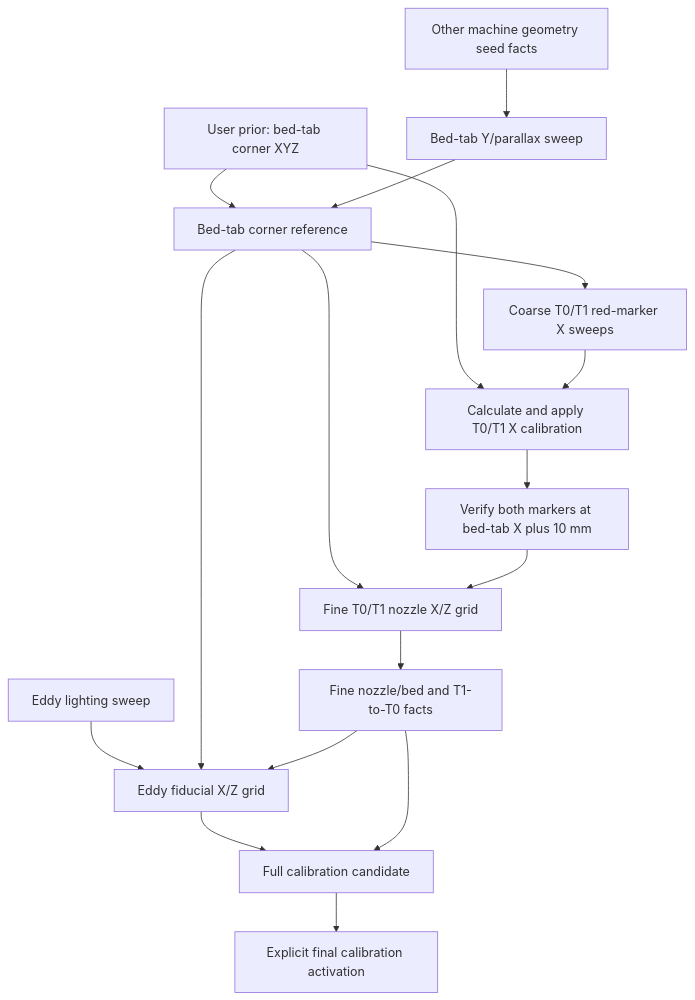
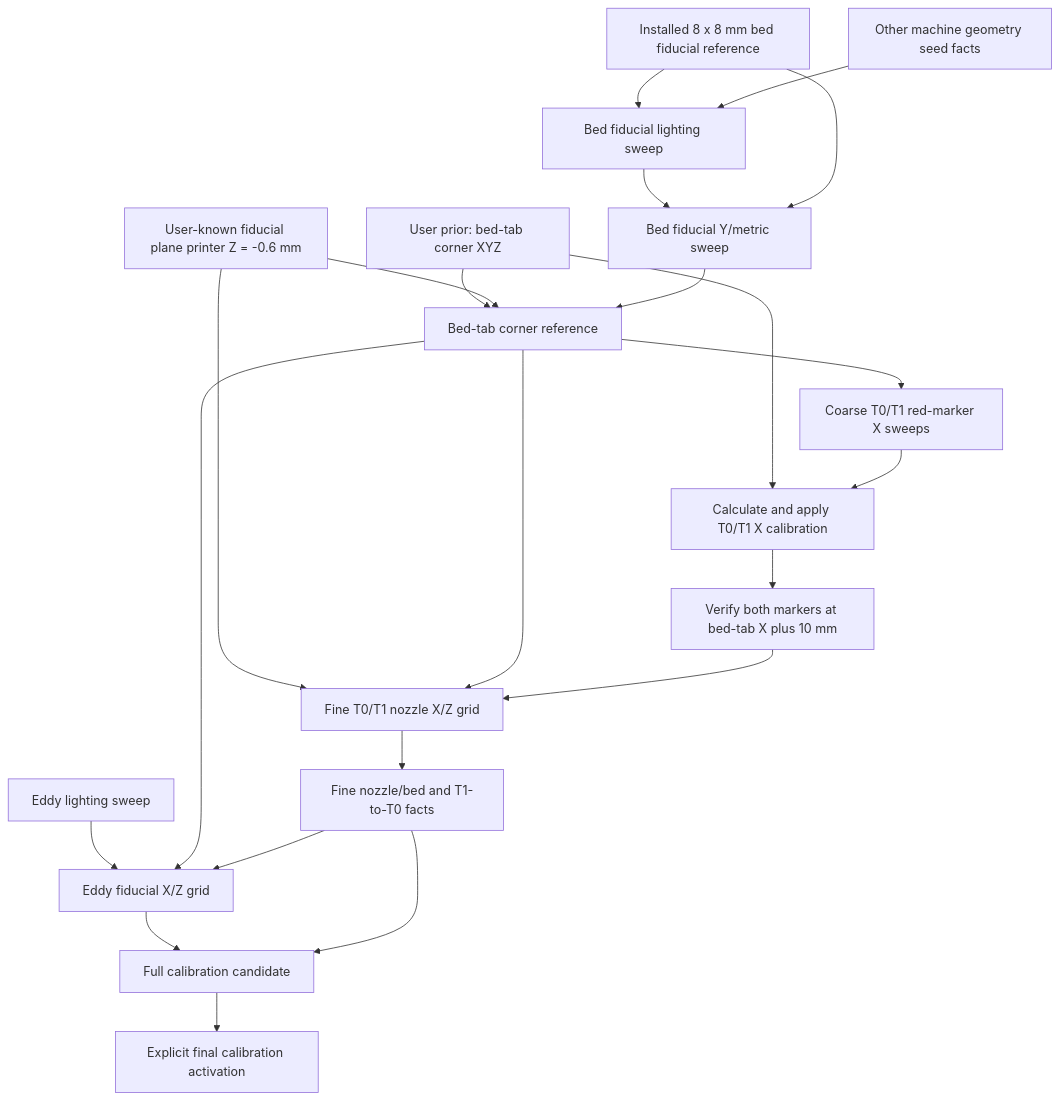
The diagram in VISION_CALIBRATION_GRAPH_CONCEPT.md (m-emm/mege-ender-3v3ke-idex), drawn with Mermaid before and after one commit. The commit also changed other lines of this file and 30 other files, not shown here.

````diff
--- a/VISION_CALIBRATION_GRAPH_CONCEPT.md
+++ b/VISION_CALIBRATION_GRAPH_CONCEPT.md
@@ -108,20 +113,25 @@
 ```mermaid
 flowchart TD
     P[User prior: bed-tab corner XYZ] --> C[Bed-tab corner reference]
-    G[Other machine geometry seed facts] --> Y[Bed-tab Y/parallax sweep]
+    Q[Installed 8 x 8 mm bed fiducial reference] --> L[Bed fiducial lighting sweep]
+    ZP[User-known fiducial plane printer Z = -0.6 mm] --> C
+    ZP --> F
+    G[Other machine geometry seed facts] --> L
+    L --> Y[Bed fiducial Y/metric sweep]
+    Q --> Y
     Y --> C[Bed-tab corner reference]
     C --> R[Coarse T0/T1 red-marker X sweeps]
     P --> AX[Calculate and apply T0/T1 X calibration]
     R --> AX
     AX --> VX[Verify both markers at bed-tab X plus 10 mm]
     C --> F[Fine T0/T1 nozzle X/Z grid]
     VX --> F
     F --> N[Fine nozzle/bed and T1-to-T0 facts]
 
-    L[Eddy lighting sweep] --> E[Eddy fiducial X/Z grid]
+    EL[Eddy lighting sweep] --> E[Eddy fiducial X/Z grid]
     C --> E
     N --> E
     E --> D[Full calibration candidate]
     N --> D
     D --> A[Explicit final calibration activation]
 ```
````
